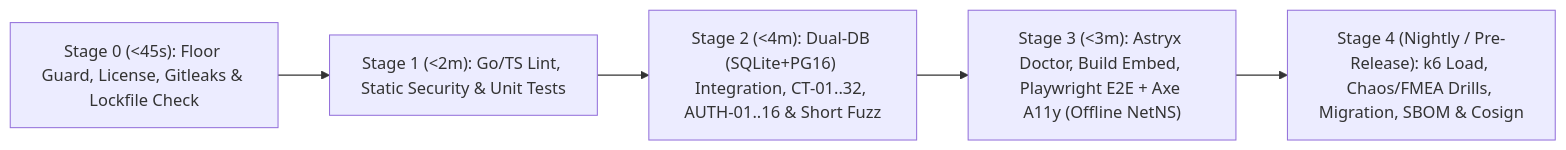
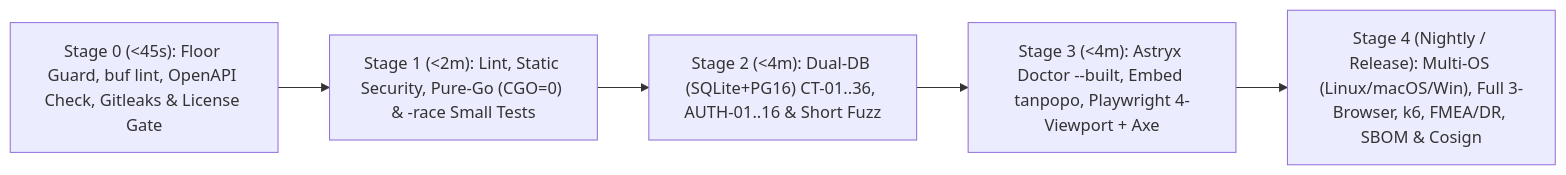
The diagram in docs/quality/test-strategy.md (nguywnben/tanpopo), drawn with Mermaid before and after one commit. The commit also changed other lines of this file and 70 other files, not shown here.

````diff
--- a/docs/quality/test-strategy.md
+++ b/docs/quality/test-strategy.md
@@ -82,7 +78,7 @@
 ```mermaid
 flowchart LR
-    S0["Stage 0 (<45s): Floor Guard, License, Gitleaks & Lockfile Check"] --> S1["Stage 1 (<2m): Go/TS Lint, Static Security & Unit Tests"]
-    S1 --> S2["Stage 2 (<4m): Dual-DB (SQLite+PG16) Integration, CT-01..32, AUTH-01..16 & Short Fuzz"]
-    S2 --> S3["Stage 3 (<3m): Astryx Doctor, Build Embed, Playwright E2E + Axe A11y (Offline NetNS)"]
-    S3 --> S4["Stage 4 (Nightly / Pre-Release): k6 Load, Chaos/FMEA Drills, Migration, SBOM & Cosign"]
+    S0["Stage 0 (<45s): Floor Guard, buf lint, OpenAPI Check, Gitleaks & License Gate"] --> S1["Stage 1 (<2m): Lint, Static Security, Pure-Go (CGO=0) & -race Small Tests"]
+    S1 --> S2["Stage 2 (<4m): Dual-DB (SQLite+PG16) CT-01..36, AUTH-01..16 & Short Fuzz"]
+    S2 --> S3["Stage 3 (<4m): Astryx Doctor --built, Embed tanpopo, Playwright 4-Viewport + Axe"]
+    S3 --> S4["Stage 4 (Nightly / Release): Multi-OS (Linux/macOS/Win), Full 3-Browser, k6, FMEA/DR, SBOM & Cosign"]
 ```
````
